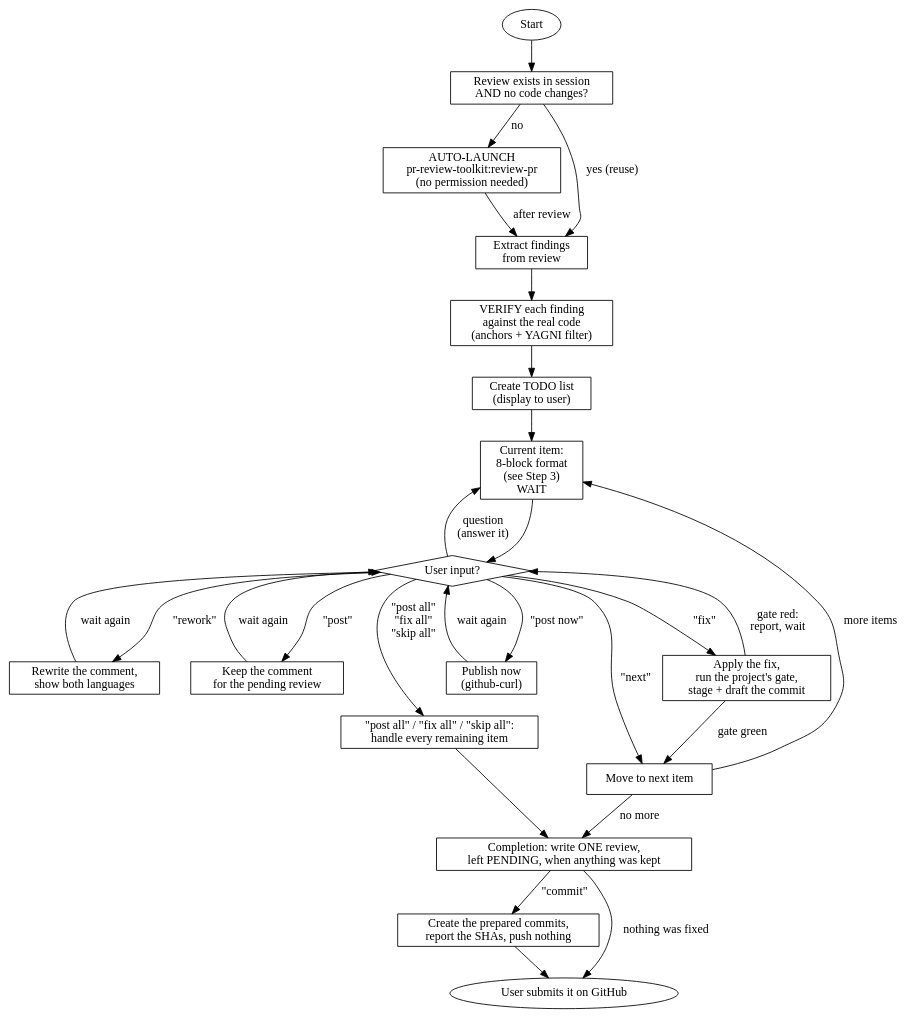
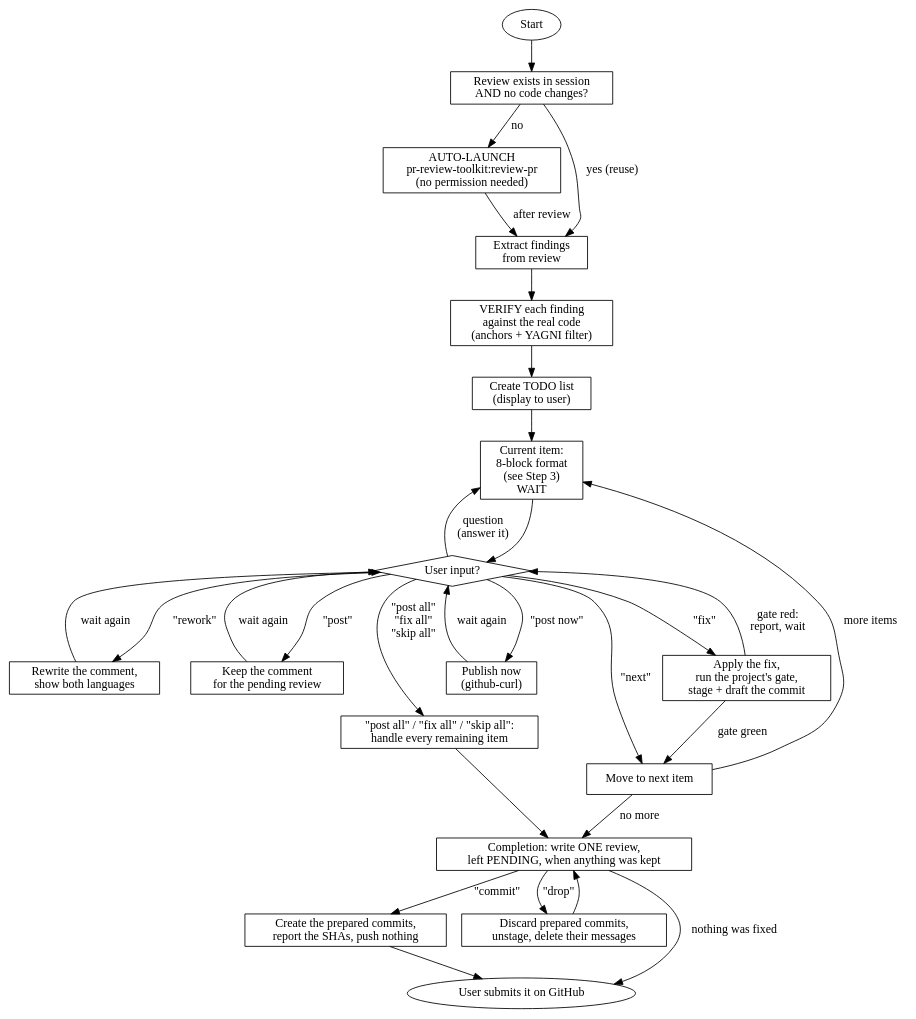
Before and after one commit to LounisBou/claude-review: the diagram in skills/start-review/SKILL.md, drawn with Graphviz. The commit also changed other lines of this file and 1 other file, not shown here.

First line of the commit message:
Add the drop command to discard a prepared commit

````diff
--- a/skills/start-review/SKILL.md
+++ b/skills/start-review/SKILL.md
@@ -66,51 +66,54 @@
 ```dot
 digraph start_review {
     rankdir=TB;
     node [shape=box];
 
     start [label="Start" shape=ellipse];
     check_review [label="Review exists in session\nAND no code changes?"];
     auto_launch [label="AUTO-LAUNCH\npr-review-toolkit:review-pr\n(no permission needed)"];
     extract [label="Extract findings\nfrom review"];
     verify [label="VERIFY each finding\nagainst the real code\n(anchors + YAGNI filter)"];
     create_todo [label="Create TODO list\n(display to user)"];
     current [label="Current item:\n8-block format\n(see Step 3)\nWAIT"];
     user_input [label="User input?" shape=diamond];
     apply_fix [label="Apply the fix,\nrun the project's gate,\nstage + draft the commit"];
     rework [label="Rewrite the comment,\nshow both languages"];
     post [label="Keep the comment\nfor the pending review"];
     post_now [label="Publish now\n(github-curl)"];
     batch [label="\"post all\" / \"fix all\" / \"skip all\":\nhandle every remaining item"];
     next_item [label="Move to next item"];
     completion [label="Completion: write ONE review,\nleft PENDING, when anything was kept"];
     commit_cmd [label="Create the prepared commits,\nreport the SHAs, push nothing"];
+    drop_cmd [label="Discard prepared commits,\nunstage, delete their messages"];
     done [label="User submits it on GitHub" shape=ellipse];
 
     start -> check_review;
     check_review -> extract [label="yes (reuse)"];
     check_review -> auto_launch [label="no"];
     auto_launch -> extract [label="after review"];
     extract -> verify;
     verify -> create_todo;
     create_todo -> current;
     current -> user_input;
     user_input -> apply_fix [label="\"fix\""];
     user_input -> post [label="\"post\""];
     user_input -> post_now [label="\"post now\""];
     user_input -> rework [label="\"rework\""];
     user_input -> batch [label="\"post all\"\n\"fix all\"\n\"skip all\""];
     user_input -> next_item [label="\"next\""];
     user_input -> current [label="question\n(answer it)"];
     apply_fix -> user_input [label="gate red:\nreport, wait"];
     apply_fix -> next_item [label="gate green"];
     post -> user_input [label="wait again"];
     post_now -> user_input [label="wait again"];
     rework -> user_input [label="wait again"];
     batch -> completion;
     next_item -> current [label="more items"];
     next_item -> completion [label="no more"];
     completion -> commit_cmd [label="\"commit\""];
+    completion -> drop_cmd [label="\"drop\""];
     completion -> done [label="nothing was fixed"];
     commit_cmd -> done;
+    drop_cmd -> completion;
 }
 ```
````
